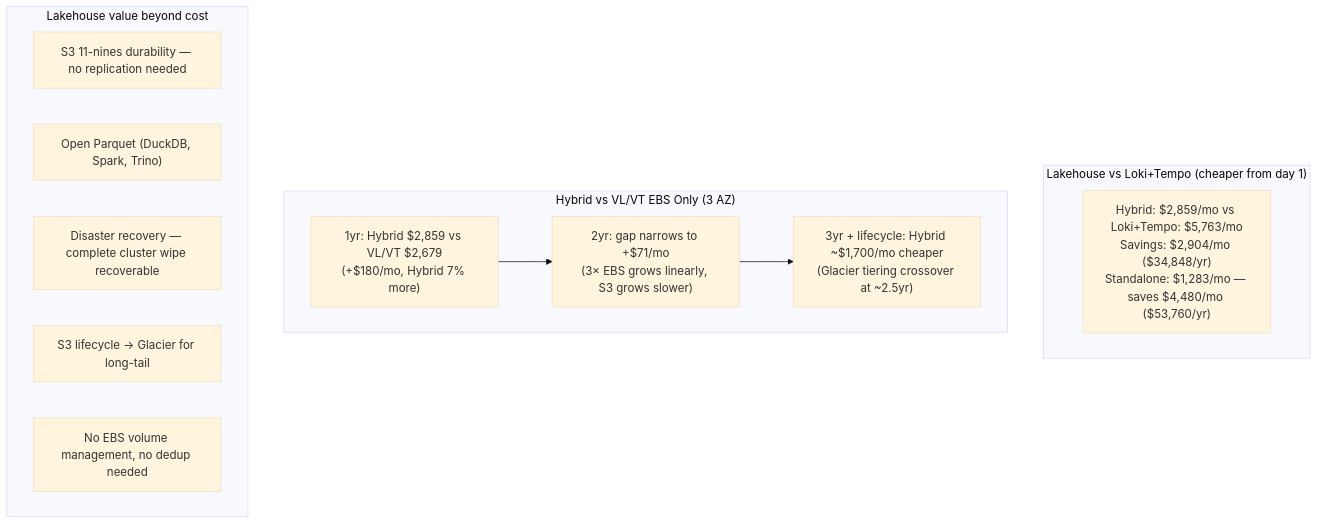
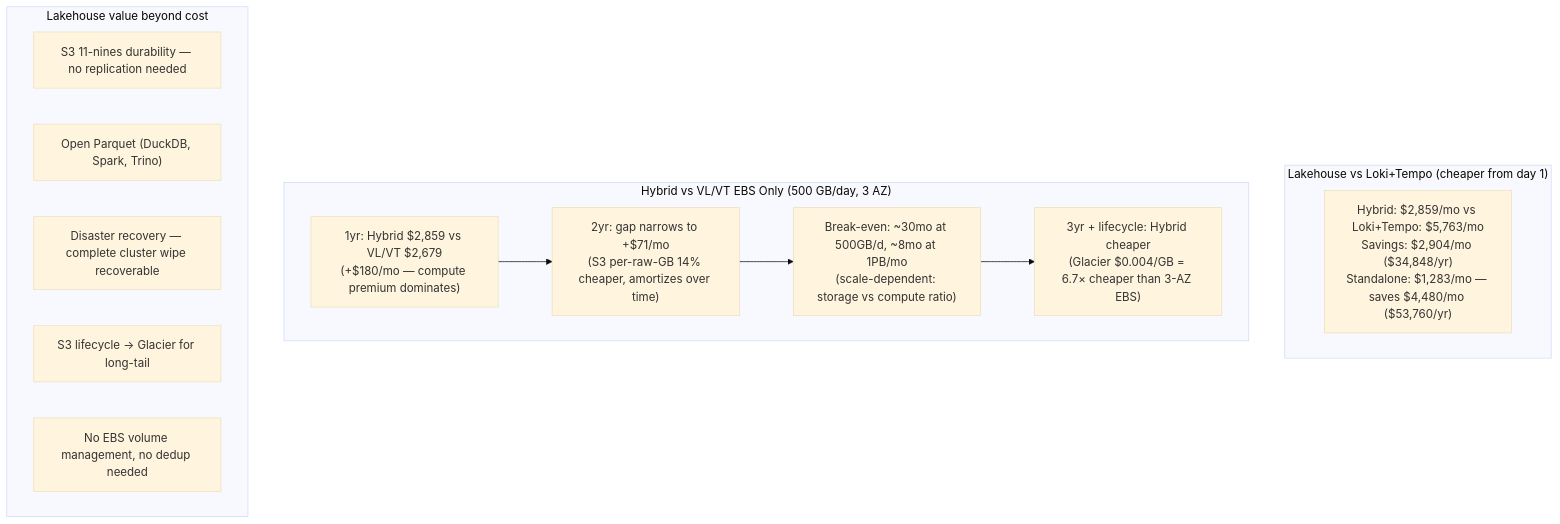
One commit to ReliablyObserve/victoria-lakehouse changed the fourth of 4 diagrams in docs/cost-comparison.md. Above: the diagram before and after it, drawn with Mermaid (base theme). The commit also changed other lines of this file and 3 other files, not shown here.

````diff
--- a/docs/cost-comparison.md
+++ b/docs/cost-comparison.md
@@ -427,19 +450,20 @@
 ```mermaid
 flowchart TB
     subgraph "Lakehouse vs Loki+Tempo (cheaper from day 1)"
         LvL["Hybrid: $2,859/mo vs Loki+Tempo: $5,763/mo\nSavings: $2,904/mo ($34,848/yr)\nStandalone: $1,283/mo — saves $4,480/mo ($53,760/yr)"]
     end
-    subgraph "Hybrid vs VL/VT EBS Only (3 AZ)"
-        LvV1["1yr: Hybrid $2,859 vs VL/VT $2,679\n(+$180/mo, Hybrid 7% more)"]
-        LvV2["2yr: gap narrows to +$71/mo\n(3× EBS grows linearly, S3 grows slower)"]
-        LvV3["3yr + lifecycle: Hybrid ~$1,700/mo cheaper\n(Glacier tiering crossover at ~2.5yr)"]
-        LvV1 --> LvV2 --> LvV3
+    subgraph "Hybrid vs VL/VT EBS Only (500 GB/day, 3 AZ)"
+        LvV1["1yr: Hybrid $2,859 vs VL/VT $2,679\n(+$180/mo — compute premium dominates)"]
+        LvV2["2yr: gap narrows to +$71/mo\n(S3 per-raw-GB 14% cheaper, amortizes over time)"]
+        LvV3["Break-even: ~30mo at 500GB/d, ~8mo at 1PB/mo\n(scale-dependent: storage vs compute ratio)"]
+        LvV4["3yr + lifecycle: Hybrid cheaper\n(Glacier $0.004/GB = 6.7× cheaper than 3-AZ EBS)"]
+        LvV1 --> LvV2 --> LvV3 --> LvV4
     end
     subgraph "Lakehouse value beyond cost"
         V1["S3 11-nines durability — no replication needed"]
         V2["Open Parquet (DuckDB, Spark, Trino)"]
         V3["Disaster recovery — complete cluster wipe recoverable"]
         V4["S3 lifecycle → Glacier for long-tail"]
         V5["No EBS volume management, no dedup needed"]
     end
 ```
````
